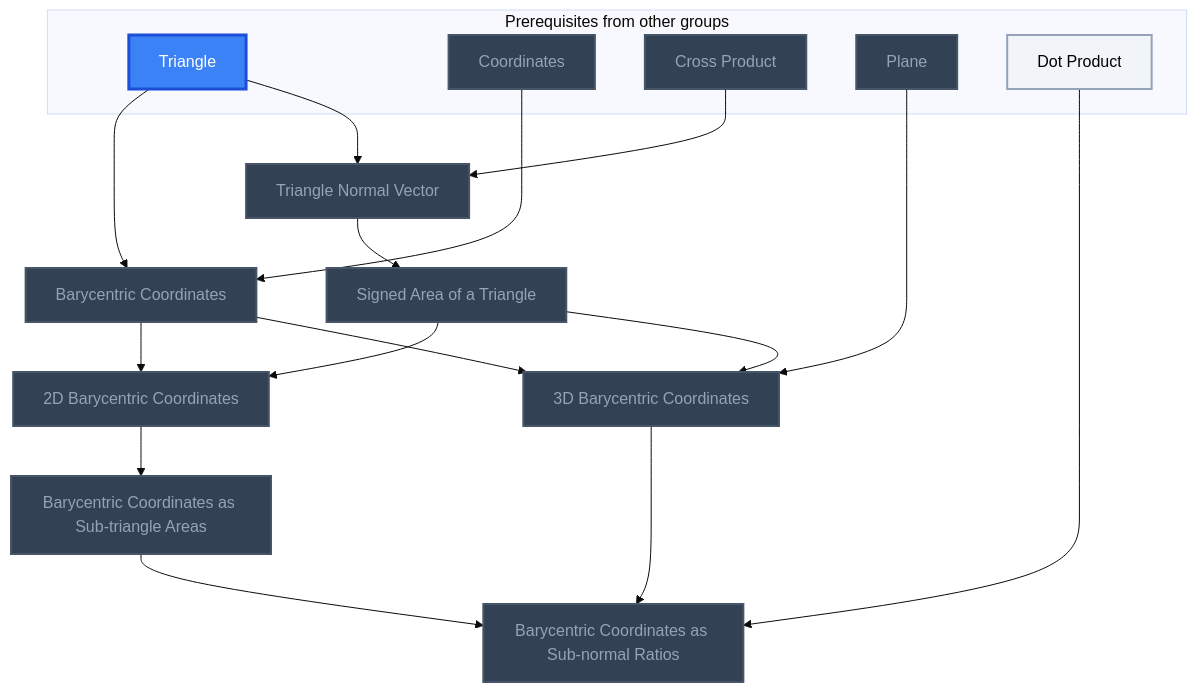
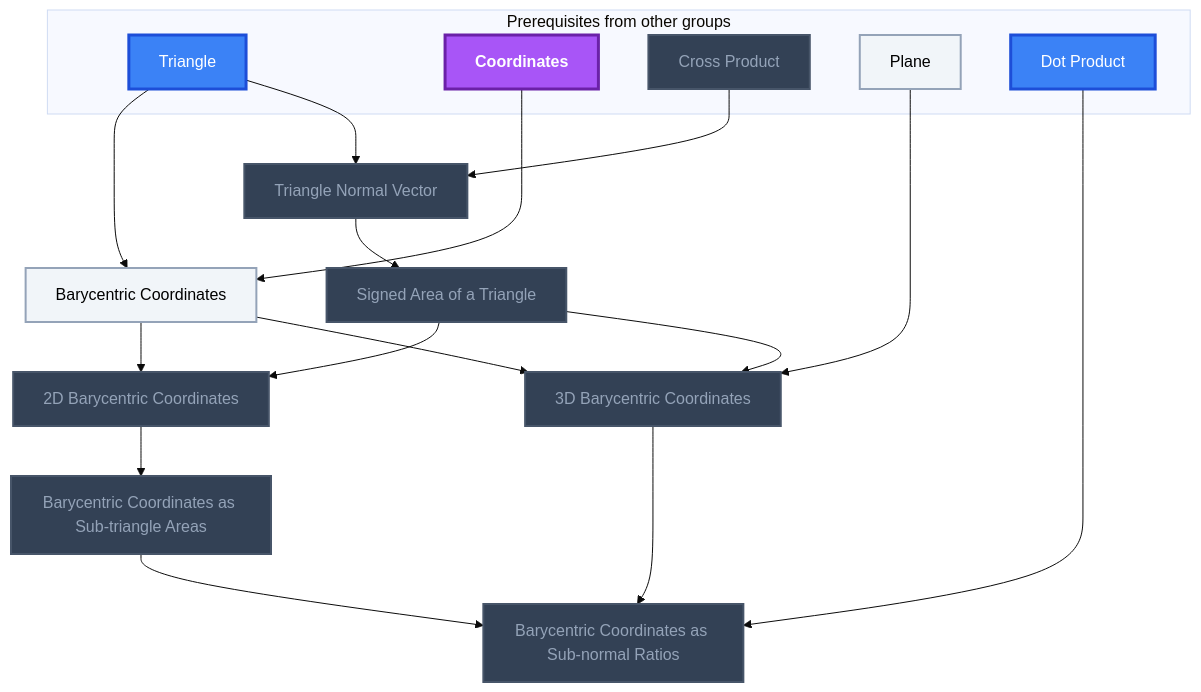
The first of 7 diagrams in Gamification/Skill Trees/Computer Graphics.md (MRauf1/My-Notes), drawn with Mermaid (base theme) before and after one commit. The commit also changed other lines of this file and 57 other files, not shown here.

````diff
--- a/Gamification/Skill Trees/Computer Graphics.md
+++ b/Gamification/Skill Trees/Computer Graphics.md
@@ -17,44 +17,45 @@
 ```mermaid
 flowchart TD
     classDef planned fill:#1E293B,stroke:#64748B,stroke-width:2px,stroke-dasharray:5 5,color:#94A3B8;
     classDef locked fill:#334155,stroke:#475569,stroke-width:2px,color:#94A3B8;
     classDef L0 fill:#F1F5F9,stroke:#94A3B8,stroke-width:2px,color:#000000;
     classDef L1 fill:#22C55E,stroke:#15803D,stroke-width:2px,color:#000000;
     classDef L2 fill:#3B82F6,stroke:#1D4ED8,stroke-width:3px,color:#FFFFFF;
     classDef L3 fill:#A855F7,stroke:#6B21A8,stroke-width:3px,color:#FFFFFF,font-weight:bold;
     classDef L4 fill:#F97316,stroke:#C2410C,stroke-width:4px,color:#000000,font-weight:bold;
     classDef L5 fill:#FFD700,stroke:#FF8C00,stroke-width:5px,color:#000000,font-weight:bold;
     classDef rusty stroke:#8B4513,stroke-width:4px,stroke-dasharray:3 3;
     subgraph sg_prereqs["Prerequisites from other groups"]
         n_triangle["Triangle"]
         n_coordinates["Coordinates"]
         n_cross_product["Cross Product"]
         n_plane["Plane"]
         n_dot_product["Dot Product"]
     end
     n_barycentric_coordinates["Barycentric Coordinates"]
     n_triangle_normal_vector["Triangle Normal Vector"]
     n_signed_area_of_a_triangle["Signed Area of a Triangle"]
     n_2d_barycentric_coordinates["2D Barycentric Coordinates"]
     n_barycentric_coordinates_as_sub_triangle_areas["Barycentric Coordinates as Sub-triangle Areas"]
     n_3d_barycentric_coordinates["3D Barycentric Coordinates"]
     n_barycentric_coordinates_as_sub_normal_ratios["Barycentric Coordinates as Sub-normal Ratios"]
     n_triangle --> n_barycentric_coordinates
     n_coordinates --> n_barycentric_coordinates
     n_triangle --> n_triangle_normal_vector
     n_cross_product --> n_triangle_normal_vector
     n_triangle_normal_vector --> n_signed_area_of_a_triangle
     n_barycentric_coordinates --> n_2d_barycentric_coordinates
     n_signed_area_of_a_triangle --> n_2d_barycentric_coordinates
     n_2d_barycentric_coordinates --> n_barycentric_coordinates_as_sub_triangle_areas
     n_plane --> n_3d_barycentric_coordinates
     n_barycentric_coordinates --> n_3d_barycentric_coordinates
     n_signed_area_of_a_triangle --> n_3d_barycentric_coordinates
     n_dot_product --> n_barycentric_coordinates_as_sub_normal_ratios
     n_barycentric_coordinates_as_sub_triangle_areas --> n_barycentric_coordinates_as_sub_normal_ratios
     n_3d_barycentric_coordinates --> n_barycentric_coordinates_as_sub_normal_ratios
-    class n_coordinates,n_cross_product,n_plane,n_barycentric_coordinates,n_triangle_normal_vector,n_signed_area_of_a_triangle,n_2d_barycentric_coordinates,n_barycentric_coordinates_as_sub_triangle_areas,n_3d_barycentric_coordinates,n_barycentric_coordinates_as_sub_normal_ratios locked;
-    class n_dot_product L0;
-    class n_triangle L2;
+    class n_cross_product,n_triangle_normal_vector,n_signed_area_of_a_triangle,n_2d_barycentric_coordinates,n_barycentric_coordinates_as_sub_triangle_areas,n_3d_barycentric_coordinates,n_barycentric_coordinates_as_sub_normal_ratios locked;
+    class n_plane,n_barycentric_coordinates L0;
+    class n_triangle,n_dot_product L2;
+    class n_coordinates L3;
     class n_triangle,n_coordinates,n_cross_product,n_plane,n_dot_product,n_barycentric_coordinates,n_triangle_normal_vector,n_signed_area_of_a_triangle,n_2d_barycentric_coordinates,n_barycentric_coordinates_as_sub_triangle_areas,n_3d_barycentric_coordinates,n_barycentric_coordinates_as_sub_normal_ratios internal-link;
 ```
````
